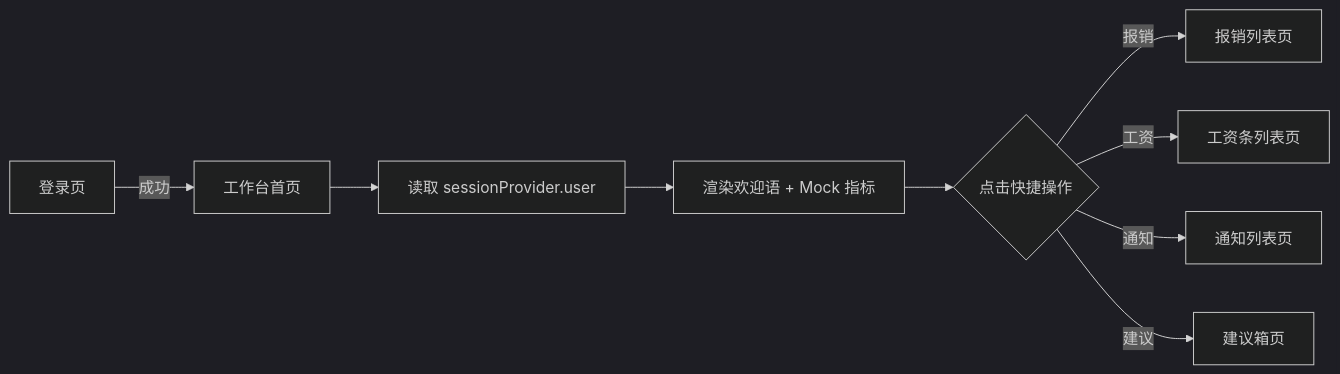
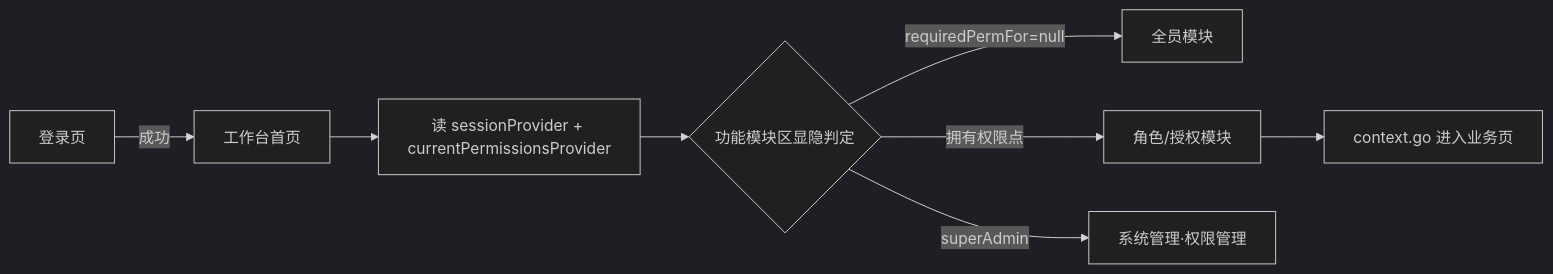
One commit to BruceChu0424/utenelec_imp changed the diagram in docs/03-页面/工作台首页.md. Above: the diagram before and after it, drawn with Mermaid (dark theme). The commit also changed other lines of this file and 259 other files, not shown here.

````diff
--- a/docs/03-页面/工作台首页.md
+++ b/docs/03-页面/工作台首页.md
@@ -75,11 +65,10 @@
 ```mermaid
 flowchart LR
     L[登录页] -->|成功| D[工作台首页]
-    D --> S[读取 sessionProvider.user]
-    S --> R[渲染欢迎语 + Mock 指标]
-    R --> QA{点击快捷操作}
-    QA -->|报销| E[报销列表页]
-    QA -->|工资| P[工资条列表页]
-    QA -->|通知| N[通知列表页]
-    QA -->|建议| SG[建议箱页]
+    D --> P[读 sessionProvider + currentPermissionsProvider]
+    P --> F{功能模块区显隐判定}
+    F -->|requiredPermFor=null| ALL[全员模块]
+    F -->|拥有权限点| ROLE[角色/授权模块]
+    F -->|superAdmin| ADMIN[系统管理·权限管理]
+    ROLE --> GO[context.go 进入业务页]
 ```
````
